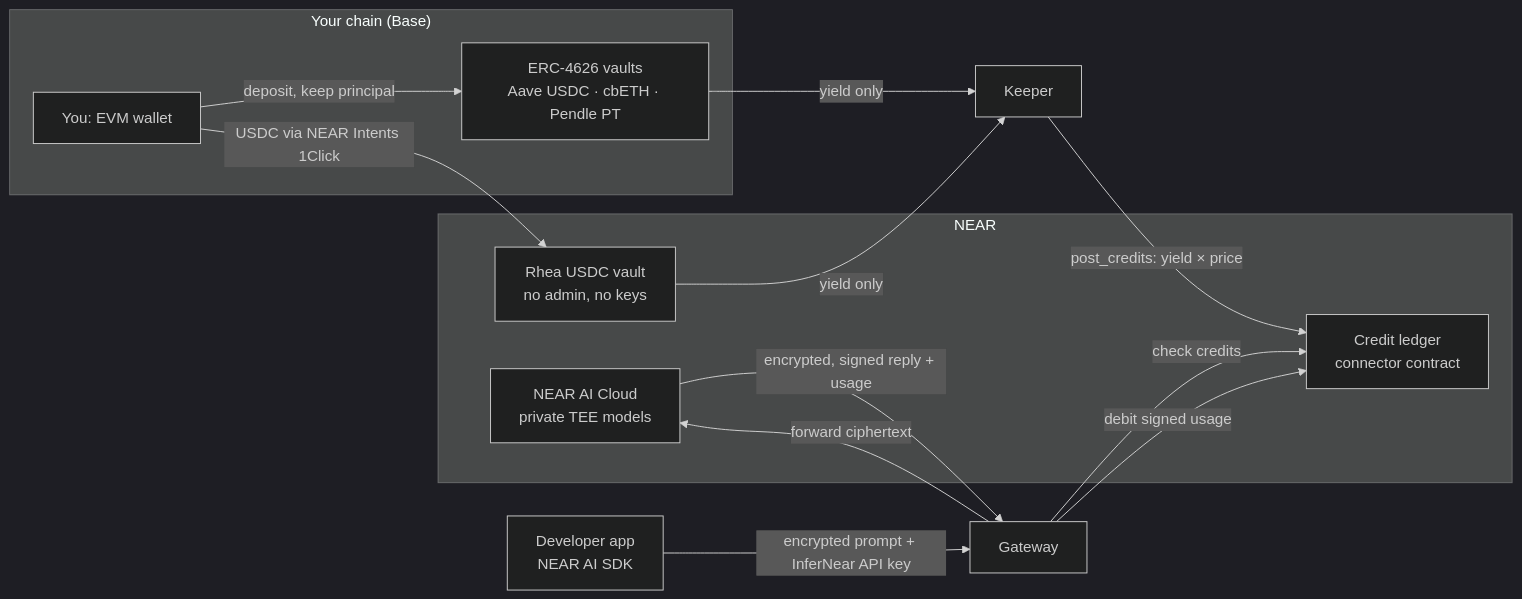
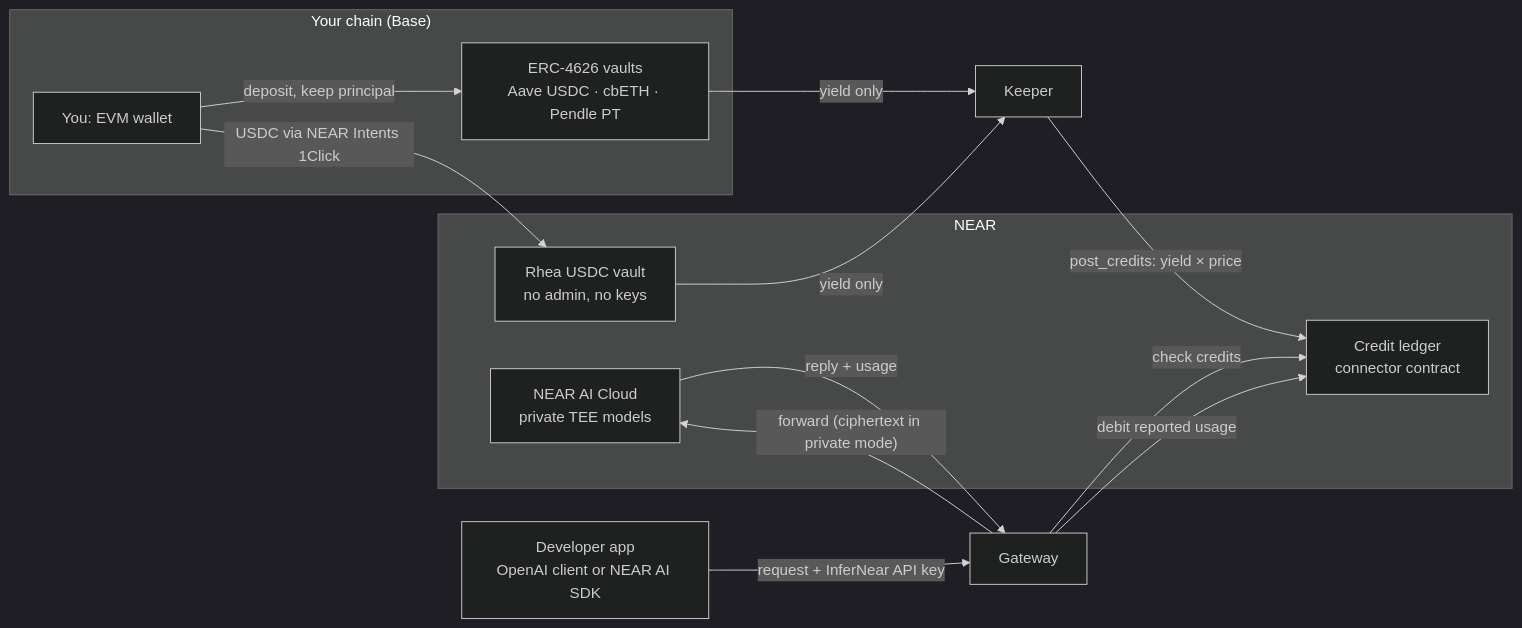
One commit to alvinyap510/near-hackathon-infernear changed the second of 2 diagrams in README.md. Above: the diagram before and after it, drawn with Mermaid (dark theme). The commit also changed other lines of this file, not shown here.

Commit message:
docs(readme): describe both call modes, near sign-in and the top-up contract; update test counts

````diff
--- a/README.md
+++ b/README.md
@@ -93,20 +93,20 @@
 ```mermaid
 flowchart LR
   subgraph Base["Your chain (Base)"]
     U[You: EVM wallet] -->|deposit, keep principal| V[ERC-4626 vaults<br/>Aave USDC · cbETH · Pendle PT]
   end
   subgraph NEAR
     R[Rhea USDC vault<br/>no admin, no keys]
     C[Credit ledger<br/>connector contract]
     AI[NEAR AI Cloud<br/>private TEE models]
   end
   U -->|USDC via NEAR Intents 1Click| R
   V -->|yield only| K[Keeper]
   R -->|yield only| K
   K -->|post_credits: yield × price| C
-  D[Developer app<br/>NEAR AI SDK] -->|encrypted prompt + InferNear API key| G[Gateway]
+  D[Developer app<br/>OpenAI client or NEAR AI SDK] -->|request + InferNear API key| G[Gateway]
   G -->|check credits| C
-  G -->|forward ciphertext| AI
-  AI -->|encrypted, signed reply + usage| G
-  G -->|debit signed usage| C
+  G -->|"forward (ciphertext in private mode)"| AI
+  AI -->|reply + usage| G
+  G -->|debit reported usage| C
 ```
````
